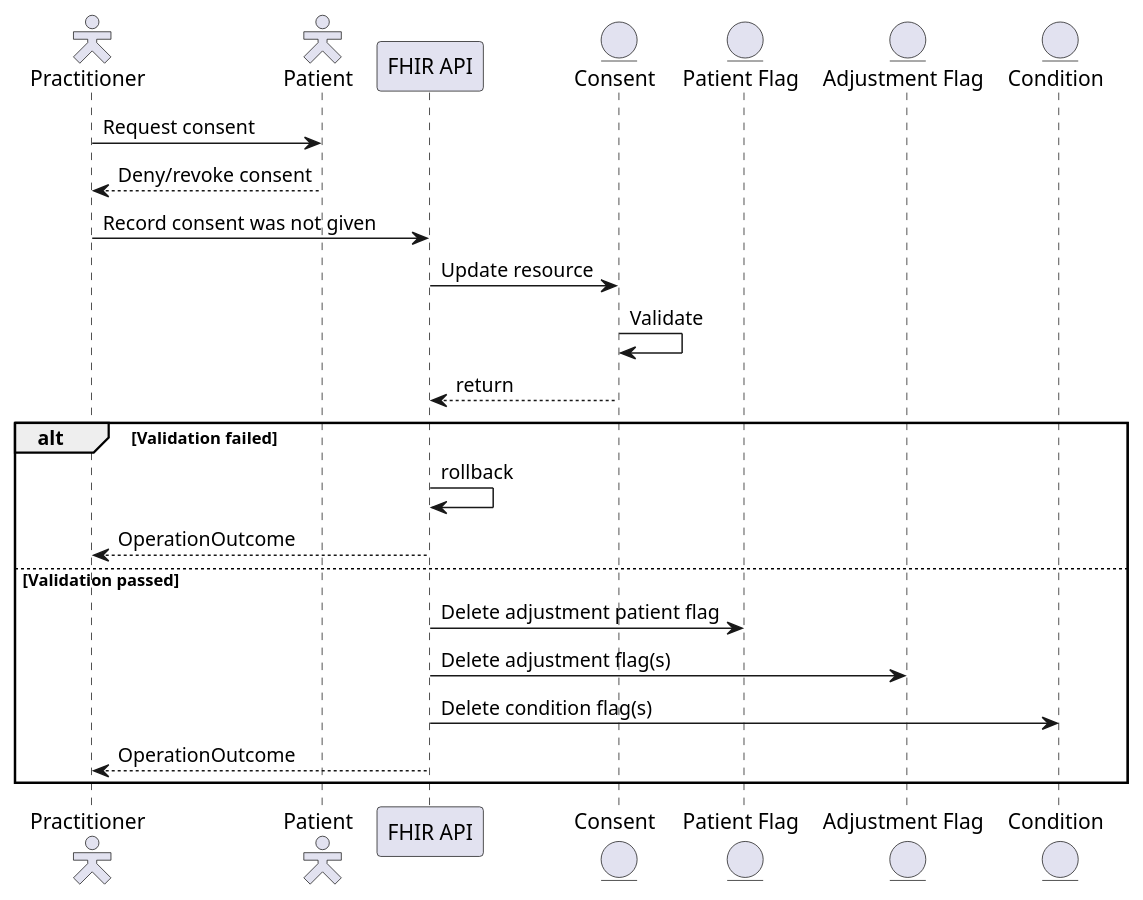
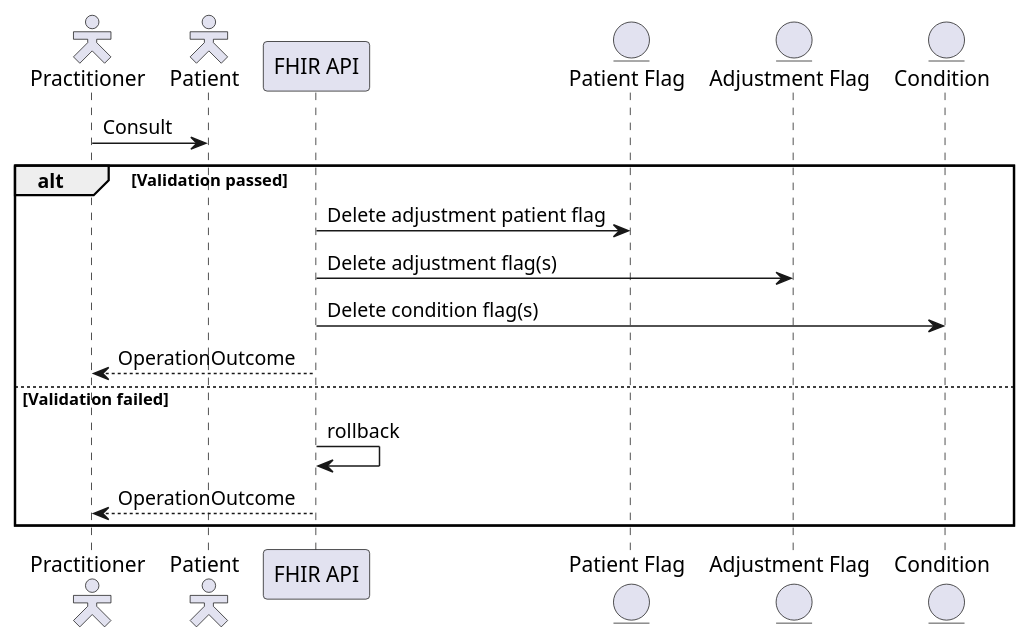
The second of 2 diagrams in NHSEnglandProgrammeImplementationGuides/backup/guides/RA-API/Home/Use-Cases/Remove-Reasonable-Adjustment-Record.page.md (NHSDigital/IOPS-FHIR-Simplifier-Backup), drawn with PlantUML before and after one commit. The commit also changed other lines of this file and 118 other files, not shown here.

```diff
--- a/NHSEnglandProgrammeImplementationGuides/backup/guides/RA-API/Home/Use-Cases/Remove-Reasonable-Adjustment-Record.page.md
+++ b/NHSEnglandProgrammeImplementationGuides/backup/guides/RA-API/Home/Use-Cases/Remove-Reasonable-Adjustment-Record.page.md
@@ -49,30 +45,24 @@
 @startuml
 
 skinparam actorStyle hollow
 
 actor        "Practitioner"     as pra
 actor        "Patient"          as pat
 participant  "FHIR API"         as api
-entity       "Consent"          as con
 entity       "Patient Flag"     as pfg
 entity       "Adjustment Flag"  as adj
 entity       "Condition"        as cod
 
-  pra ->  pat : Request consent
-  pra <-- pat : Deny/revoke consent
+  pra ->  pat : Consult
 
-  pra ->  api : Record consent was not given
-  api ->  con : Update resource
-  con ->  con : Validate
-  api <-- con : return
-  alt Validation failed
-    api -> api : rollback
-    pra <-- api : OperationOutcome
-  else Validation passed
+  alt Validation passed
     api ->  pfg : Delete adjustment patient flag
     api ->  adj : Delete adjustment flag(s)
     api ->  cod : Delete condition flag(s)
     pra <-- api : OperationOutcome
+  else Validation failed
+    api -> api : rollback
+    pra <-- api : OperationOutcome
   end
 
 @enduml
```
